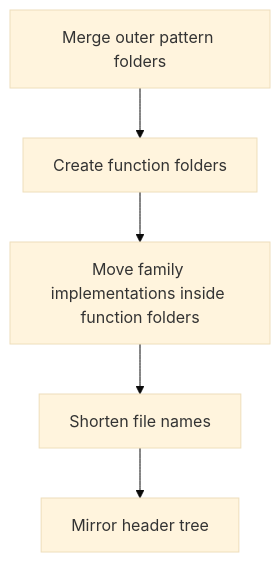
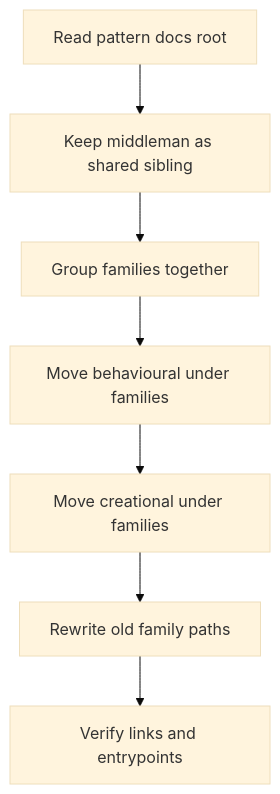
The diagram in docs/Codebase/Microservice/Modules/Source/Analysis/Patterns/Middleman/Migration/current_to_middleman.cpp.md (JohnAndrewBalbarosa/NeoTerritory), drawn with Mermaid (base theme) before and after one commit. The commit also changed other lines of this file and 925 other files, not shown here.

````diff
--- a/docs/Codebase/Microservice/Modules/Source/Analysis/Patterns/Middleman/Migration/current_to_middleman.cpp.md
+++ b/docs/Codebase/Microservice/Modules/Source/Analysis/Patterns/Middleman/Migration/current_to_middleman.cpp.md
@@ -69,12 +20,16 @@
 ```mermaid
 flowchart TD
-    N0["Merge outer pattern folders"]
-    N1["Create function folders"]
-    N2["Move family implementations inside function folders"]
-    N3["Shorten file names"]
-    N4["Mirror header tree"]
+    N0["Read pattern docs root"]
+    N1["Keep middleman as shared sibling"]
+    N2["Group families together"]
+    N3["Move behavioural under families"]
+    N4["Move creational under families"]
+    N5["Rewrite old family paths"]
+    N6["Verify links and entrypoints"]
     N0 --> N1
     N1 --> N2
     N2 --> N3
     N3 --> N4
+    N4 --> N5
+    N5 --> N6
 ```
````
